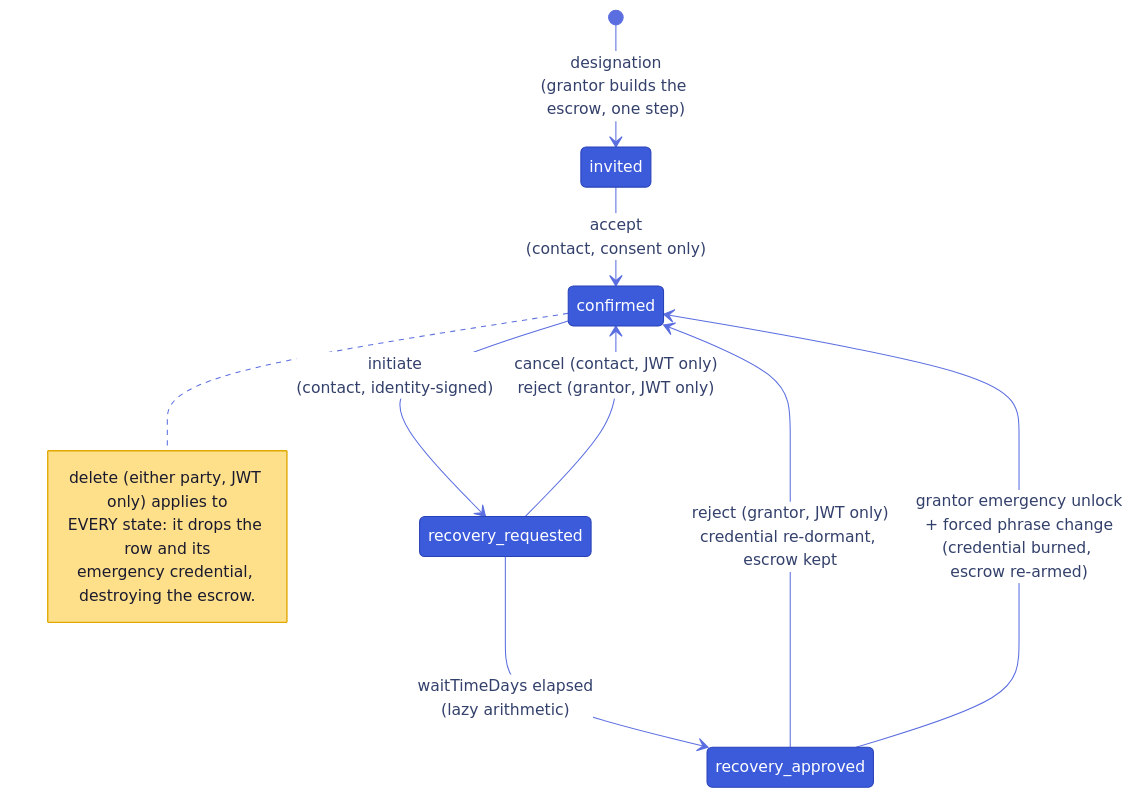
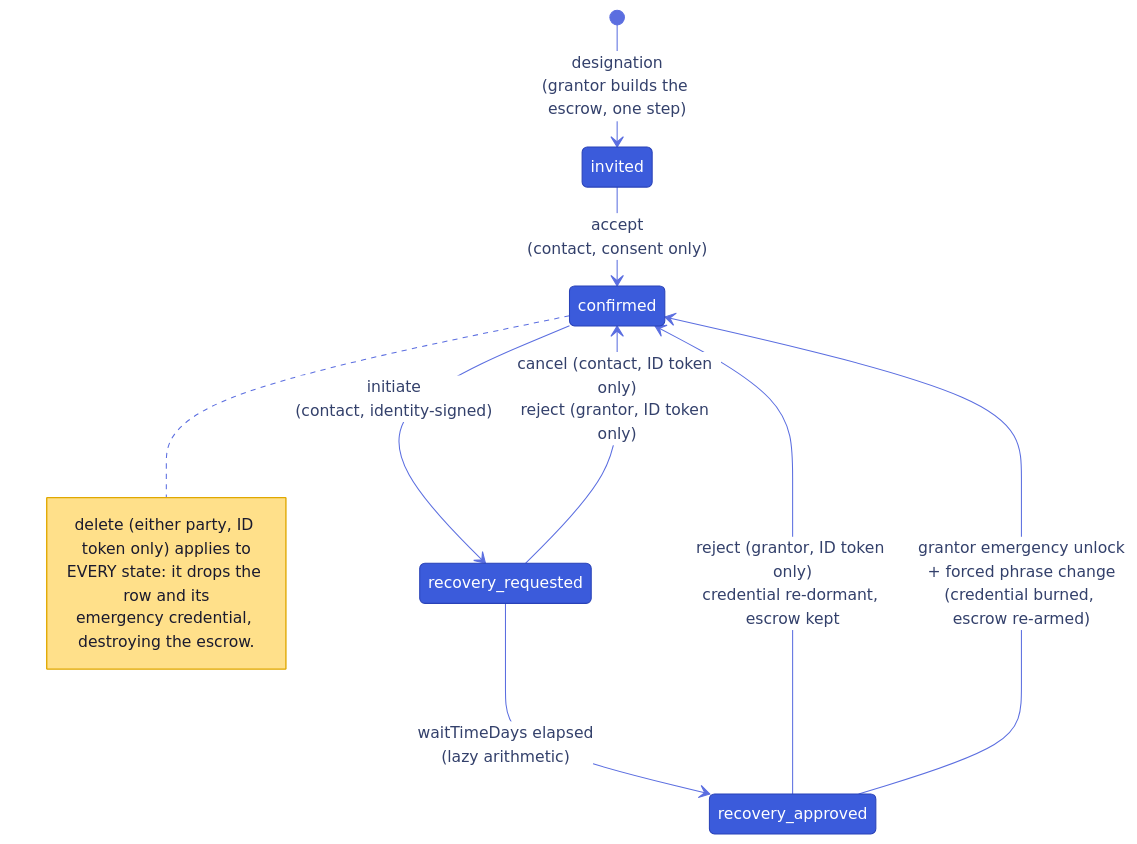
Diagram 21 of 24 in architecture.md (suitenumerique/encryption), drawn with Mermaid before and after one commit. The commit also changed other lines of this file and 118 other files, not shown here.

````diff
--- a/architecture.md
+++ b/architecture.md
@@ -1386,17 +1405,17 @@
 ```mermaid
 %%{init: {'theme':'base','look':'classic','themeVariables':{'fontSize':'15px','primaryColor':'#3b5bdb','primaryTextColor':'#fff','primaryBorderColor':'#2942b8','lineColor':'#5b6ee0','tertiaryColor':'#fff','labelBackgroundColor':'#ffffff','edgeLabelBackground':'#ffffff','transitionColor':'#5b6ee0','transitionLabelColor':'#33406b','noteBkgColor':'#ffe08a','noteTextColor':'#1a1a2e','noteBorderColor':'#e0a800'},'themeCSS':'.edgeLabel p{background-color:#fff;padding:4px 10px;border-radius:5px;margin:0;} .edgeLabel .labelBkg{background:transparent;} .statediagram-state .nodeLabel p{font-size:15px;padding:5px 12px;margin:0;}','stateDiagram':{'nodeSpacing':70,'rankSpacing':110,'padding':14,'useMaxWidth':true}}}%%
 stateDiagram-v2
   direction TB
   [*] --> invited: designation<br/>(grantor builds the escrow, one step)
   invited --> confirmed: accept<br/>(contact, consent only)
   confirmed --> recovery_requested: initiate<br/>(contact, identity-signed)
   recovery_requested --> recovery_approved: waitTimeDays elapsed<br/>(lazy arithmetic)
-  recovery_requested --> confirmed: cancel (contact, JWT only)<br/>reject (grantor, JWT only)
-  recovery_approved --> confirmed: reject (grantor, JWT only)<br/>credential re-dormant, escrow kept
+  recovery_requested --> confirmed: cancel (contact, ID token only)<br/>reject (grantor, ID token only)
+  recovery_approved --> confirmed: reject (grantor, ID token only)<br/>credential re-dormant, escrow kept
   recovery_approved --> confirmed: grantor emergency unlock<br/>+ forced phrase change<br/>(credential burned, escrow re-armed)
   note right of confirmed
-    delete (either party, JWT only) applies to
+    delete (either party, ID token only) applies to
     EVERY state: it drops the row and its
     emergency credential, destroying the escrow.
   end note
 ```
````
